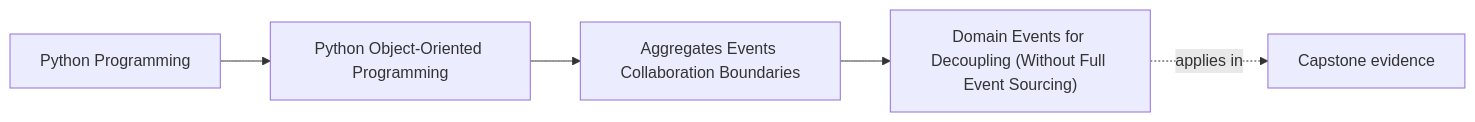
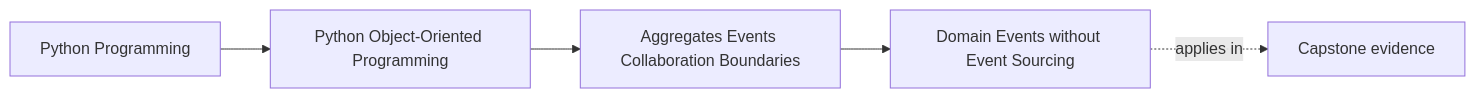
The first of 2 diagrams in programs/python-programming/python-object-oriented-programming/course-book/module-04-aggregates-events-collaboration-boundaries/domain-events-without-event-sourcing.md (bijux/bijux-masterclass), drawn with Mermaid before and after one commit. The commit also changed other lines of this file, not shown here.

Commit message:
docs(oop): use domain events without dragging in event sourcing

````diff
--- a/programs/python-programming/python-object-oriented-programming/course-book/module-04-aggregates-events-collaboration-boundaries/domain-events-without-event-sourcing.md
+++ b/programs/python-programming/python-object-oriented-programming/course-book/module-04-aggregates-events-collaboration-boundaries/domain-events-without-event-sourcing.md
@@ -7,11 +6,11 @@
 ```mermaid
 graph LR
   family["Python Programming"]
   program["Python Object-Oriented Programming"]
   section["Aggregates Events Collaboration Boundaries"]
-  page["Domain Events for Decoupling (Without Full Event Sourcing)"]
+  page["Domain Events without Event Sourcing"]
   capstone["Capstone evidence"]
 
   family --> program --> section --> page
   page -.applies in.-> capstone
 ```
````
